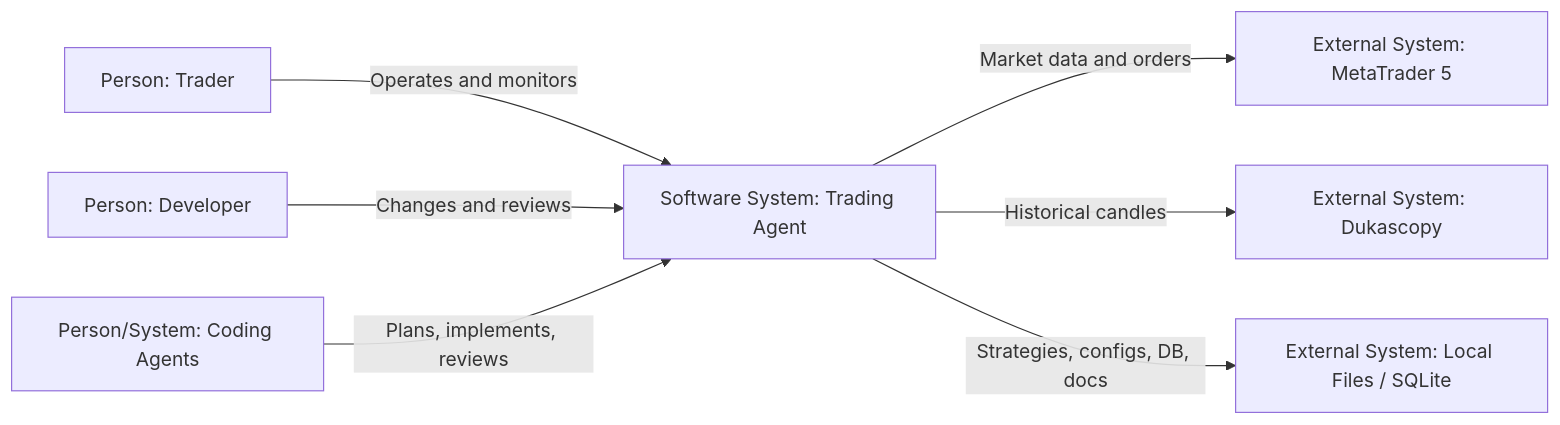
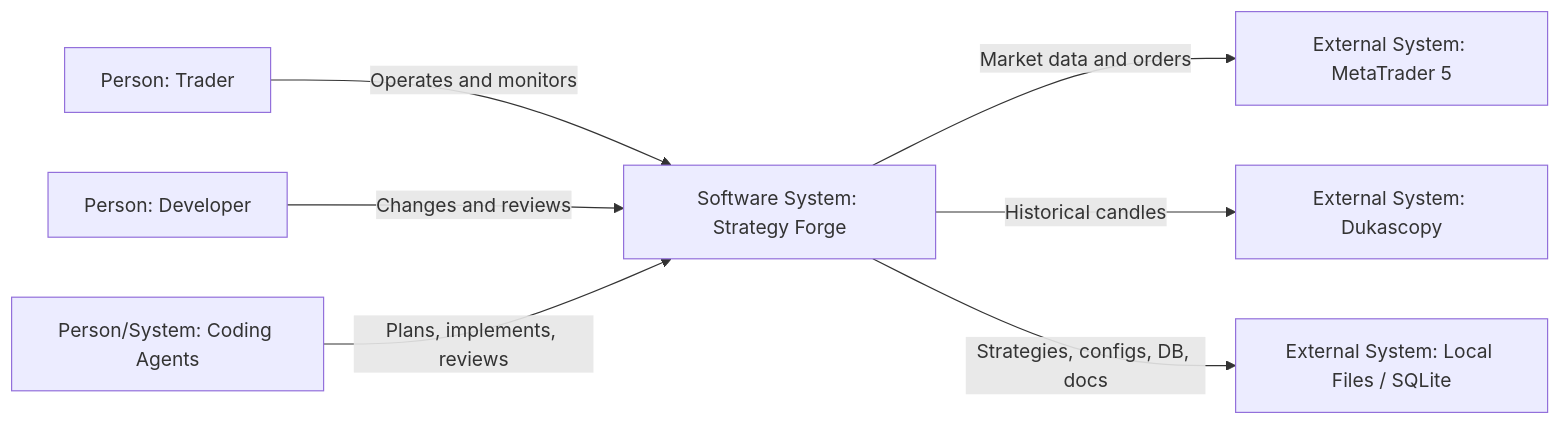
One commit to aloantony/strategy-forge changed the first of 5 diagrams in docs/DocsTradingSystemObsidian/architecture/c4.md. Above: the diagram before and after it, drawn with Mermaid. The commit also changed other lines of this file and 113 other files, not shown here.

First line of the commit message:
chore: renombrar el proyecto a Strategy Forge

````diff
--- a/docs/DocsTradingSystemObsidian/architecture/c4.md
+++ b/docs/DocsTradingSystemObsidian/architecture/c4.md
@@ -20,17 +20,17 @@
 ```mermaid
 flowchart LR
   Trader["Person: Trader"]
   Developer["Person: Developer"]
   Agent["Person/System: Coding Agents"]
-  TA["Software System: Trading Agent"]
+  TA["Software System: Strategy Forge"]
   MT5["External System: MetaTrader 5"]
   Dukascopy["External System: Dukascopy"]
   FS["External System: Local Files / SQLite"]
 
   Trader -->|Operates and monitors| TA
   Developer -->|Changes and reviews| TA
   Agent -->|Plans, implements, reviews| TA
   TA -->|Market data and orders| MT5
   TA -->|Historical candles| Dukascopy
   TA -->|Strategies, configs, DB, docs| FS
 ```
````
